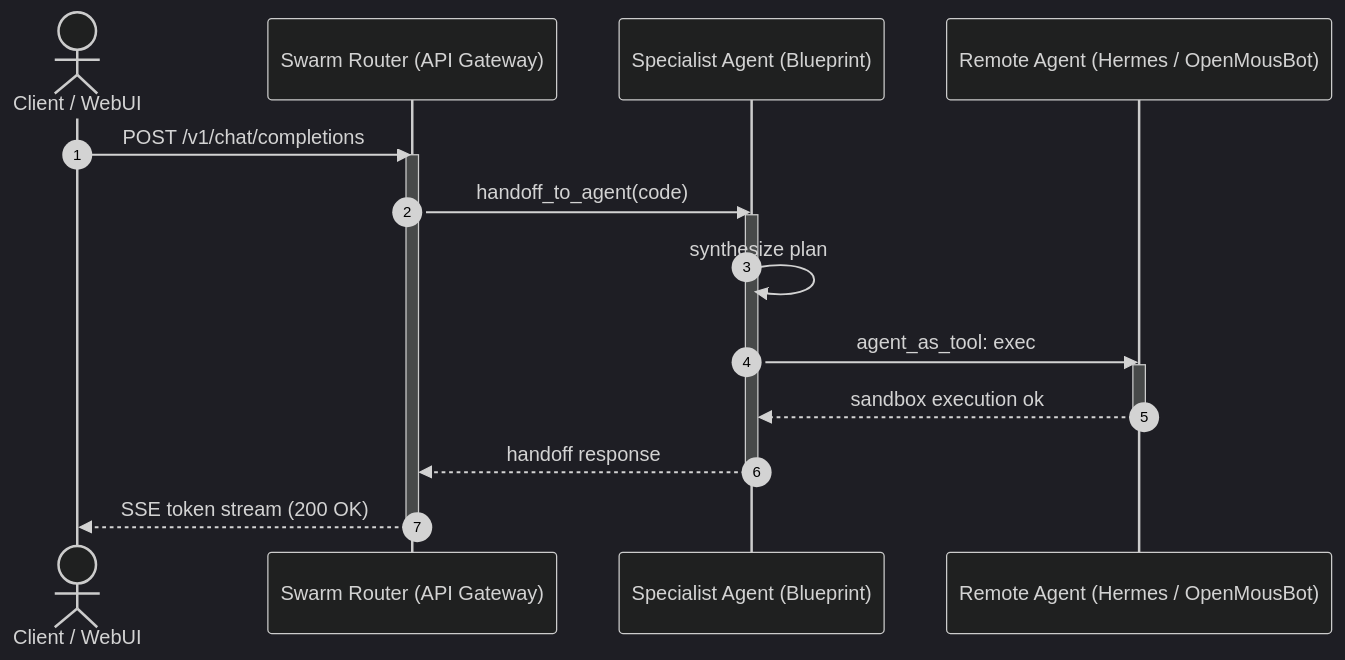
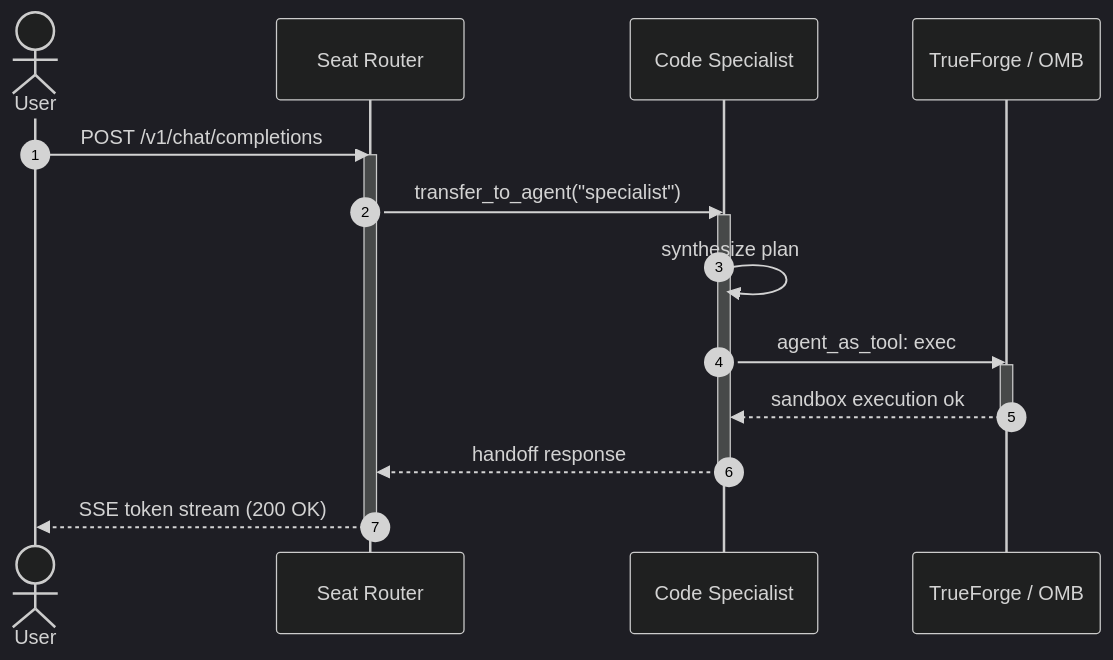
One commit to matthewhand/operating-swarm changed the fourth of 8 diagrams in docs/diagrams/README.md. Above: the diagram before and after it, drawn with Mermaid (dark theme). The commit also changed other lines of this file and 3 other files, not shown here.

Commit message:
docs(diagrams): add Swimlane, ER Data Model, and Safety Layer Stack visual architecture diagrams (#455) (#459)

````diff
--- a/docs/diagrams/README.md
+++ b/docs/diagrams/README.md
@@ -119,22 +122,22 @@
 ```mermaid
 sequenceDiagram
     autonumber
-    actor User as Client / WebUI
-    participant Router as Swarm Router (API Gateway)
-    participant Specialist as Specialist Agent (Blueprint)
-    participant Remote as Remote Agent (Hermes / OpenMousBot)
+    actor User
+    participant Router as Seat Router
+    participant Specialist as Code Specialist
+    participant Remote as TrueForge / OMB
 
     User->>Router: POST /v1/chat/completions
     activate Router
-    Router->>Specialist: handoff_to_agent(code)
+    Router->>Specialist: transfer_to_agent("specialist")
     activate Specialist
     Specialist->>Specialist: synthesize plan
     Specialist->>Remote: agent_as_tool: exec
     activate Remote
     Remote-->>Specialist: sandbox execution ok
     deactivate Remote
     Specialist-->>Router: handoff response
     deactivate Specialist
     Router-->>User: SSE token stream (200 OK)
     deactivate Router
 ```
````
